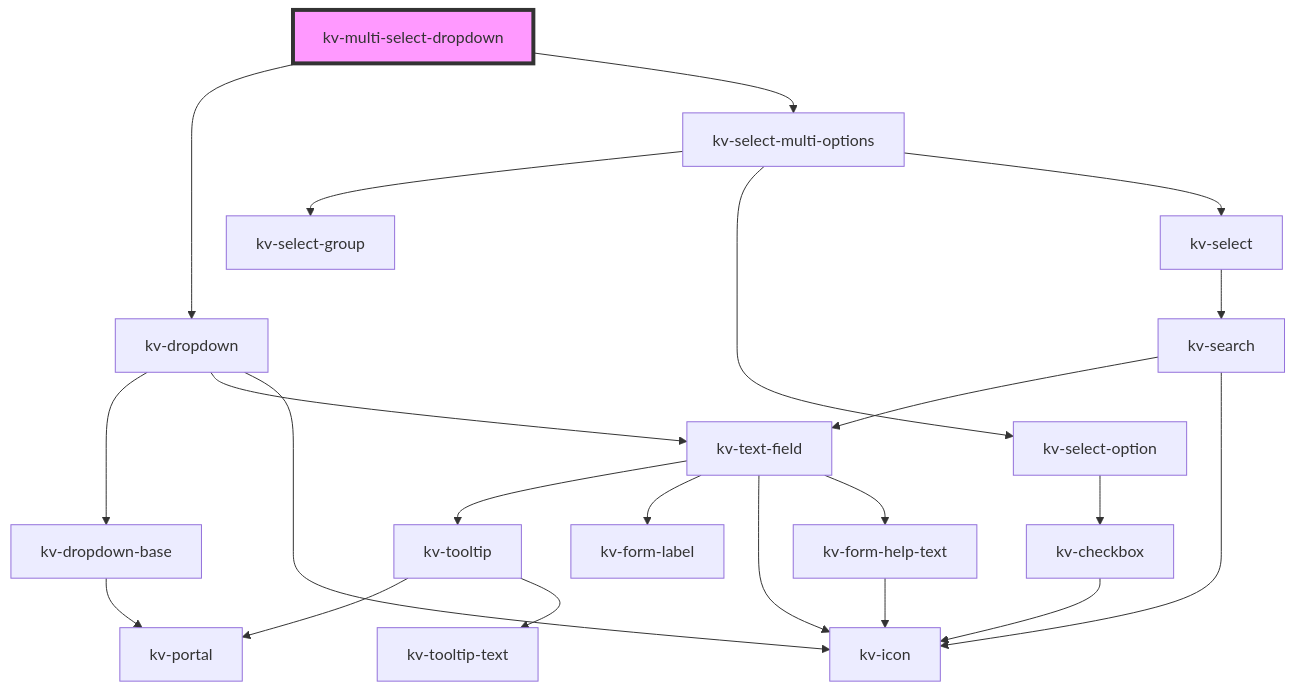
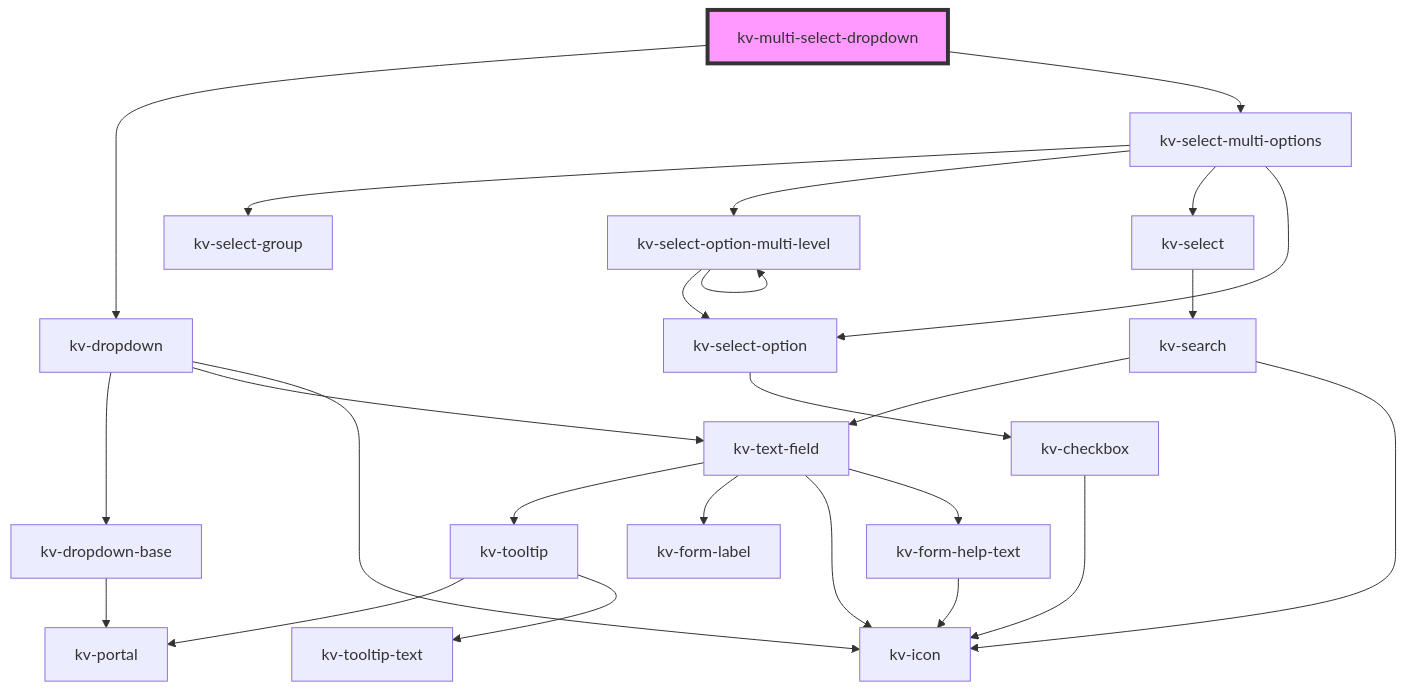
The diagram in packages/ui-components/src/components/multi-select-dropdown/readme.md (kelvininc/ui-components), drawn with Mermaid before and after one commit. The commit also changed 43 other files, not shown here.

````diff
--- a/packages/ui-components/src/components/multi-select-dropdown/readme.md
+++ b/packages/ui-components/src/components/multi-select-dropdown/readme.md
@@ -99,25 +99,28 @@
 ```mermaid
 graph TD;
   kv-multi-select-dropdown --> kv-dropdown
   kv-multi-select-dropdown --> kv-select-multi-options
   kv-dropdown --> kv-dropdown-base
   kv-dropdown --> kv-text-field
   kv-dropdown --> kv-icon
   kv-dropdown-base --> kv-portal
   kv-text-field --> kv-tooltip
   kv-text-field --> kv-form-label
   kv-text-field --> kv-icon
   kv-text-field --> kv-form-help-text
   kv-tooltip --> kv-portal
   kv-tooltip --> kv-tooltip-text
   kv-form-help-text --> kv-icon
   kv-select-multi-options --> kv-select-group
+  kv-select-multi-options --> kv-select-option-multi-level
+  kv-select-multi-options --> kv-select
   kv-select-multi-options --> kv-select-option
-  kv-select-multi-options --> kv-select
+  kv-select-option-multi-level --> kv-select-option
+  kv-select-option-multi-level --> kv-select-option-multi-level
   kv-select-option --> kv-checkbox
   kv-checkbox --> kv-icon
   kv-select --> kv-search
   kv-search --> kv-text-field
   kv-search --> kv-icon
   style kv-multi-select-dropdown fill:#f9f,stroke:#333,stroke-width:4px
 ```
````
